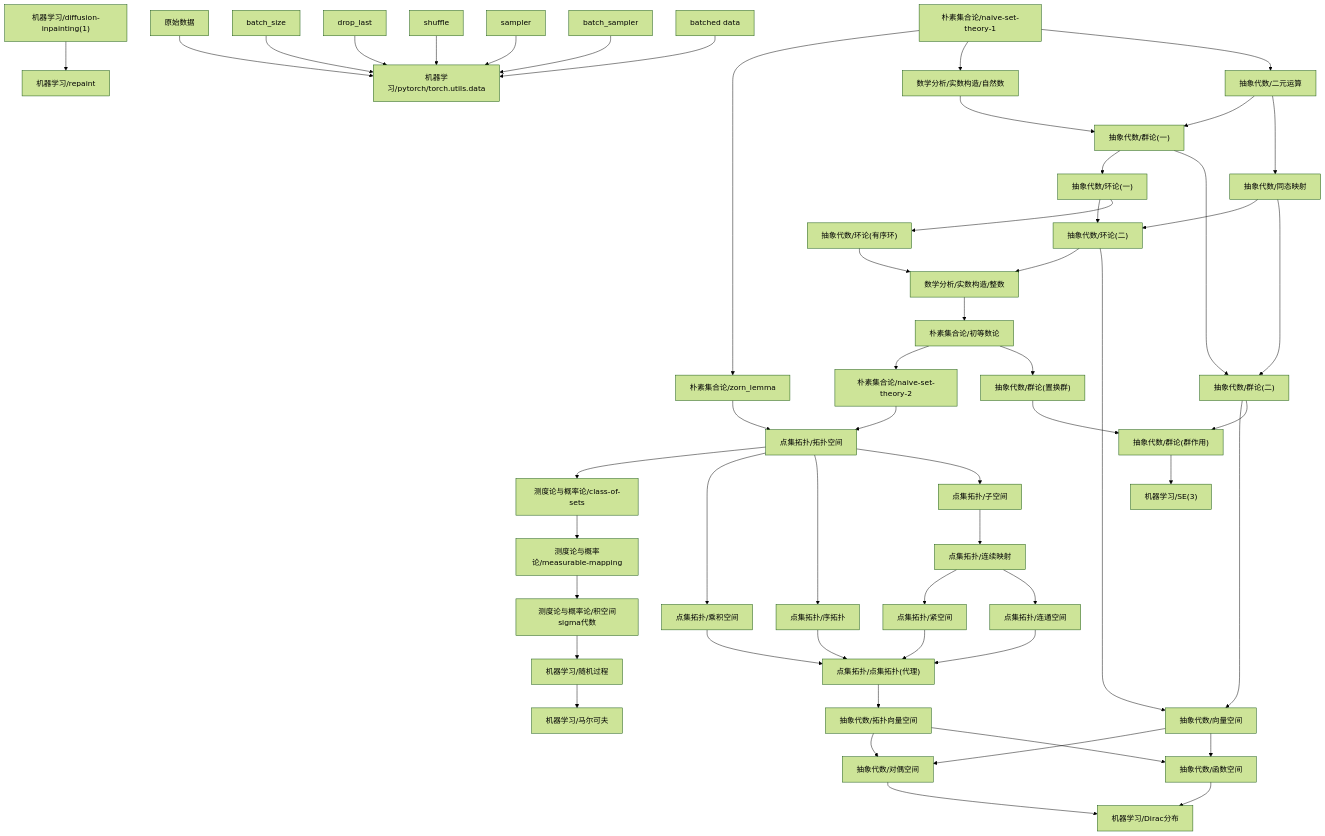
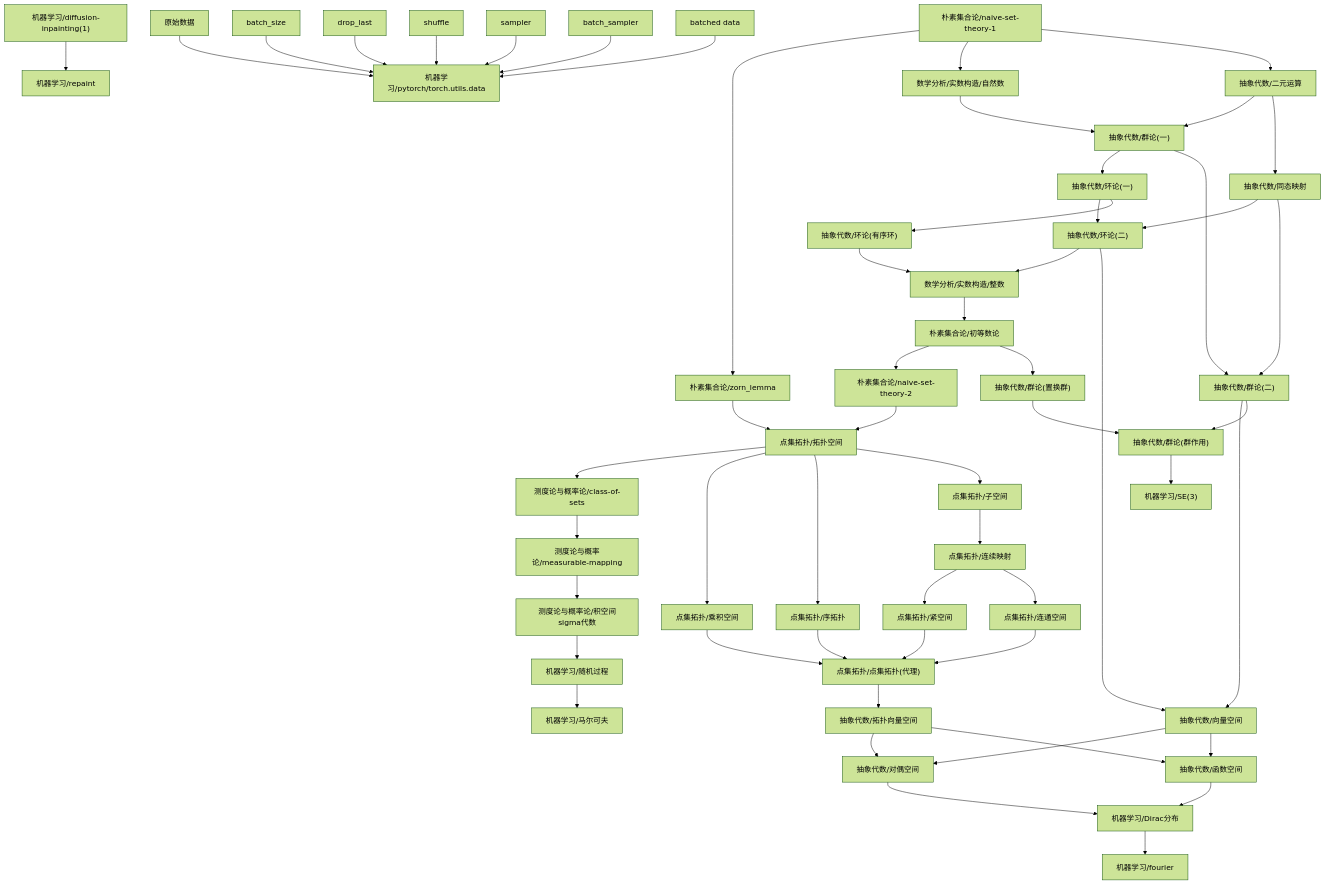
One commit to zeroDtree/zeroDtree.github.io changed the diagram in content/机器学习/dependency_graph.md. Above: the diagram before and after it, drawn with Mermaid (forest theme). The commit also changed 2 other files, not shown here.

Commit message:
feat: add new document on Fourier transforms in Chinese

````diff
--- a/content/机器学习/dependency_graph.md
+++ b/content/机器学习/dependency_graph.md
@@ -1,57 +1,58 @@
 ```mermaid
 graph TD
 1["机器学习/diffusion-inpainting(1)"] --> 0["机器学习/repaint"]
 3["抽象代数/群论(群作用)"] --> 2["机器学习/SE(3)"]
-6["机器学习/随机过程"] --> 5["机器学习/马尔可夫"]
-8["抽象代数/对偶空间"] --> 7["机器学习/Dirac分布"]
-9["抽象代数/函数空间"] --> 7["机器学习/Dirac分布"]
-10["测度论与概率论/积空间sigma代数"] --> 6["机器学习/随机过程"]
-12["原始数据"] --> 11["机器学习/pytorch/torch.utils.data"]
-13["batch_size"] --> 11["机器学习/pytorch/torch.utils.data"]
-14["drop_last"] --> 11["机器学习/pytorch/torch.utils.data"]
-15["shuffle"] --> 11["机器学习/pytorch/torch.utils.data"]
-16["sampler"] --> 11["机器学习/pytorch/torch.utils.data"]
-17["batch_sampler"] --> 11["机器学习/pytorch/torch.utils.data"]
-18["batched data"] --> 11["机器学习/pytorch/torch.utils.data"]
-19["测度论与概率论/measurable-mapping"] --> 10["测度论与概率论/积空间sigma代数"]
-20["测度论与概率论/class-of-sets"] --> 19["测度论与概率论/measurable-mapping"]
-21["点集拓扑/拓扑空间"] --> 20["测度论与概率论/class-of-sets"]
-22["朴素集合论/naive-set-theory-2"] --> 21["点集拓扑/拓扑空间"]
-23["朴素集合论/zorn_lemma"] --> 21["点集拓扑/拓扑空间"]
-24["朴素集合论/初等数论"] --> 22["朴素集合论/naive-set-theory-2"]
-25["朴素集合论/naive-set-theory-1"] --> 23["朴素集合论/zorn_lemma"]
-26["数学分析/实数构造/整数"] --> 24["朴素集合论/初等数论"]
-27["抽象代数/环论(二)"] --> 26["数学分析/实数构造/整数"]
-28["抽象代数/环论(有序环)"] --> 26["数学分析/实数构造/整数"]
-29["抽象代数/环论(一)"] --> 27["抽象代数/环论(二)"]
-30["抽象代数/同态映射"] --> 27["抽象代数/环论(二)"]
-29["抽象代数/环论(一)"] --> 28["抽象代数/环论(有序环)"]
-31["抽象代数/群论(一)"] --> 29["抽象代数/环论(一)"]
-32["数学分析/实数构造/自然数"] --> 31["抽象代数/群论(一)"]
-33["抽象代数/二元运算"] --> 31["抽象代数/群论(一)"]
-25["朴素集合论/naive-set-theory-1"] --> 32["数学分析/实数构造/自然数"]
-25["朴素集合论/naive-set-theory-1"] --> 33["抽象代数/二元运算"]
-33["抽象代数/二元运算"] --> 30["抽象代数/同态映射"]
-34["抽象代数/向量空间"] --> 8["抽象代数/对偶空间"]
-35["抽象代数/拓扑向量空间"] --> 8["抽象代数/对偶空间"]
-34["抽象代数/向量空间"] --> 9["抽象代数/函数空间"]
-35["抽象代数/拓扑向量空间"] --> 9["抽象代数/函数空间"]
-36["抽象代数/群论(二)"] --> 34["抽象代数/向量空间"]
-27["抽象代数/环论(二)"] --> 34["抽象代数/向量空间"]
-37["点集拓扑/点集拓扑(代理)"] --> 35["抽象代数/拓扑向量空间"]
-38["点集拓扑/紧空间"] --> 37["点集拓扑/点集拓扑(代理)"]
-39["点集拓扑/连通空间"] --> 37["点集拓扑/点集拓扑(代理)"]
-40["点集拓扑/乘积空间"] --> 37["点集拓扑/点集拓扑(代理)"]
-41["点集拓扑/序拓扑"] --> 37["点集拓扑/点集拓扑(代理)"]
-42["点集拓扑/连续映射"] --> 38["点集拓扑/紧空间"]
-42["点集拓扑/连续映射"] --> 39["点集拓扑/连通空间"]
-21["点集拓扑/拓扑空间"] --> 40["点集拓扑/乘积空间"]
-21["点集拓扑/拓扑空间"] --> 41["点集拓扑/序拓扑"]
-43["点集拓扑/子空间"] --> 42["点集拓扑/连续映射"]
-21["点集拓扑/拓扑空间"] --> 43["点集拓扑/子空间"]
-31["抽象代数/群论(一)"] --> 36["抽象代数/群论(二)"]
-30["抽象代数/同态映射"] --> 36["抽象代数/群论(二)"]
-36["抽象代数/群论(二)"] --> 3["抽象代数/群论(群作用)"]
-44["抽象代数/群论(置换群)"] --> 3["抽象代数/群论(群作用)"]
-24["朴素集合论/初等数论"] --> 44["抽象代数/群论(置换群)"]
+5["机器学习/Dirac分布"] --> 4["机器学习/fourier"]
+8["机器学习/随机过程"] --> 7["机器学习/马尔可夫"]
+9["抽象代数/对偶空间"] --> 5["机器学习/Dirac分布"]
+10["抽象代数/函数空间"] --> 5["机器学习/Dirac分布"]
+11["测度论与概率论/积空间sigma代数"] --> 8["机器学习/随机过程"]
+13["原始数据"] --> 12["机器学习/pytorch/torch.utils.data"]
+14["batch_size"] --> 12["机器学习/pytorch/torch.utils.data"]
+15["drop_last"] --> 12["机器学习/pytorch/torch.utils.data"]
+16["shuffle"] --> 12["机器学习/pytorch/torch.utils.data"]
+17["sampler"] --> 12["机器学习/pytorch/torch.utils.data"]
+18["batch_sampler"] --> 12["机器学习/pytorch/torch.utils.data"]
+19["batched data"] --> 12["机器学习/pytorch/torch.utils.data"]
+20["测度论与概率论/measurable-mapping"] --> 11["测度论与概率论/积空间sigma代数"]
+21["测度论与概率论/class-of-sets"] --> 20["测度论与概率论/measurable-mapping"]
+22["点集拓扑/拓扑空间"] --> 21["测度论与概率论/class-of-sets"]
+23["朴素集合论/naive-set-theory-2"] --> 22["点集拓扑/拓扑空间"]
+24["朴素集合论/zorn_lemma"] --> 22["点集拓扑/拓扑空间"]
+25["朴素集合论/初等数论"] --> 23["朴素集合论/naive-set-theory-2"]
+26["朴素集合论/naive-set-theory-1"] --> 24["朴素集合论/zorn_lemma"]
+27["数学分析/实数构造/整数"] --> 25["朴素集合论/初等数论"]
+28["抽象代数/环论(二)"] --> 27["数学分析/实数构造/整数"]
+29["抽象代数/环论(有序环)"] --> 27["数学分析/实数构造/整数"]
+30["抽象代数/环论(一)"] --> 28["抽象代数/环论(二)"]
+31["抽象代数/同态映射"] --> 28["抽象代数/环论(二)"]
+30["抽象代数/环论(一)"] --> 29["抽象代数/环论(有序环)"]
+32["抽象代数/群论(一)"] --> 30["抽象代数/环论(一)"]
+33["数学分析/实数构造/自然数"] --> 32["抽象代数/群论(一)"]
+34["抽象代数/二元运算"] --> 32["抽象代数/群论(一)"]
+26["朴素集合论/naive-set-theory-1"] --> 33["数学分析/实数构造/自然数"]
+26["朴素集合论/naive-set-theory-1"] --> 34["抽象代数/二元运算"]
+34["抽象代数/二元运算"] --> 31["抽象代数/同态映射"]
+35["抽象代数/向量空间"] --> 9["抽象代数/对偶空间"]
+36["抽象代数/拓扑向量空间"] --> 9["抽象代数/对偶空间"]
+35["抽象代数/向量空间"] --> 10["抽象代数/函数空间"]
+36["抽象代数/拓扑向量空间"] --> 10["抽象代数/函数空间"]
+37["抽象代数/群论(二)"] --> 35["抽象代数/向量空间"]
+28["抽象代数/环论(二)"] --> 35["抽象代数/向量空间"]
+38["点集拓扑/点集拓扑(代理)"] --> 36["抽象代数/拓扑向量空间"]
+39["点集拓扑/紧空间"] --> 38["点集拓扑/点集拓扑(代理)"]
+40["点集拓扑/连通空间"] --> 38["点集拓扑/点集拓扑(代理)"]
+41["点集拓扑/乘积空间"] --> 38["点集拓扑/点集拓扑(代理)"]
+42["点集拓扑/序拓扑"] --> 38["点集拓扑/点集拓扑(代理)"]
+43["点集拓扑/连续映射"] --> 39["点集拓扑/紧空间"]
+43["点集拓扑/连续映射"] --> 40["点集拓扑/连通空间"]
+22["点集拓扑/拓扑空间"] --> 41["点集拓扑/乘积空间"]
+22["点集拓扑/拓扑空间"] --> 42["点集拓扑/序拓扑"]
+44["点集拓扑/子空间"] --> 43["点集拓扑/连续映射"]
+22["点集拓扑/拓扑空间"] --> 44["点集拓扑/子空间"]
+32["抽象代数/群论(一)"] --> 37["抽象代数/群论(二)"]
+31["抽象代数/同态映射"] --> 37["抽象代数/群论(二)"]
+37["抽象代数/群论(二)"] --> 3["抽象代数/群论(群作用)"]
+45["抽象代数/群论(置换群)"] --> 3["抽象代数/群论(群作用)"]
+25["朴素集合论/初等数论"] --> 45["抽象代数/群论(置换群)"]
 ```
````
